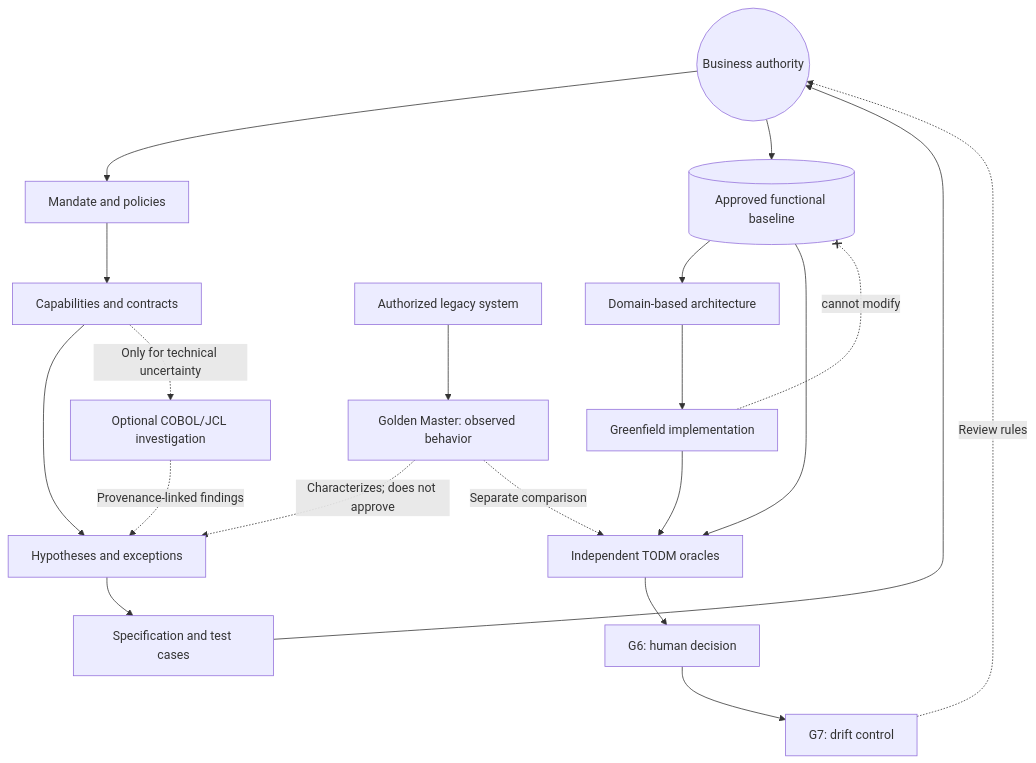
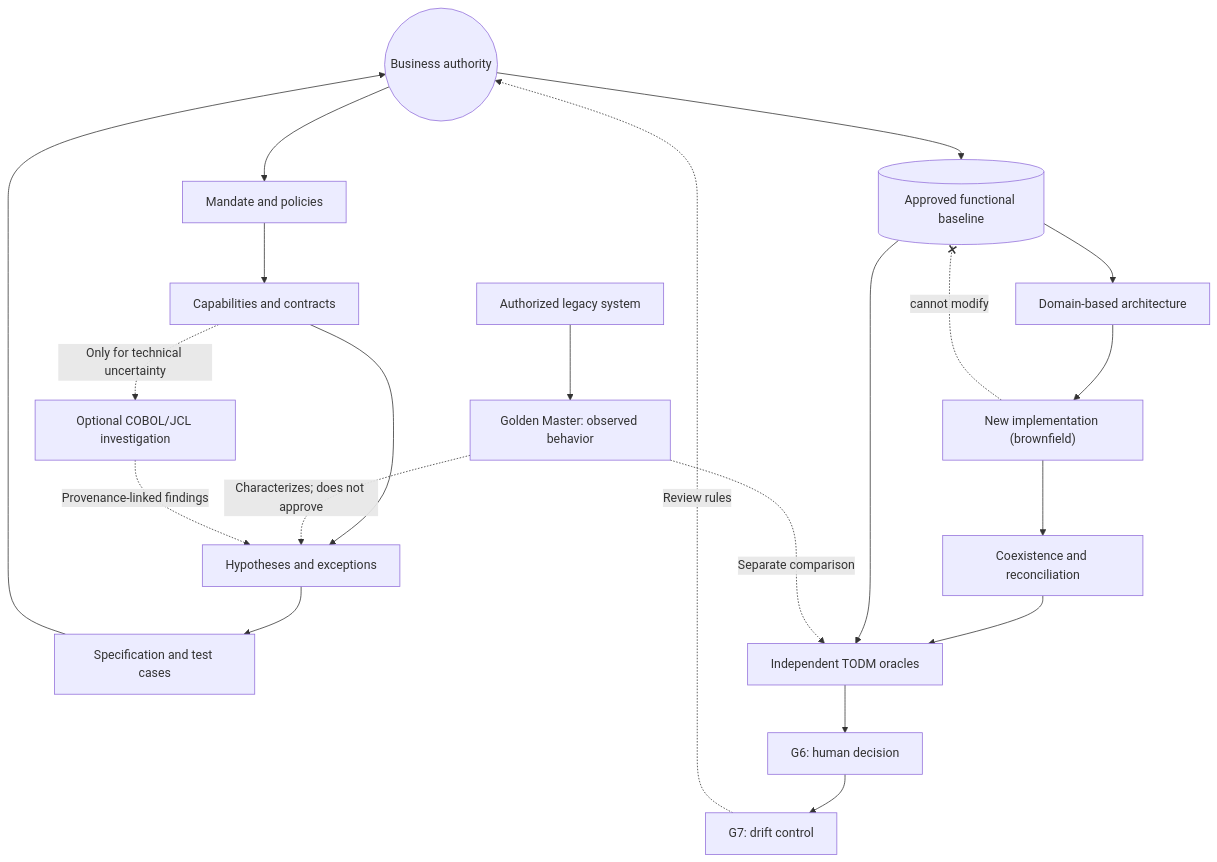
The diagram in book/figures/src/en/agent_chain.mmd (jmfloreszazo/de-la-caja-negra-a-la-evidencia), drawn with Mermaid before and after one commit.

Commit message:
book(#54): depict brownfield replacement, coexistence and independent TODM gates

```diff
--- a/book/figures/src/en/agent_chain.mmd
+++ b/book/figures/src/en/agent_chain.mmd
@@ -1,20 +1,21 @@
 flowchart TB
   owner(("Business authority")) --> scope["Mandate and policies"]
   scope --> inv["Capabilities and contracts"]
   legacy["Authorized legacy system"] --> obs["Golden Master: observed behavior"]
   inv --> rules["Hypotheses and exceptions"]
   obs -. "Characterizes; does not approve" .-> rules
   inv -. "Only for technical uncertainty" .-> parse["Optional COBOL/JCL investigation"]
   parse -. "Provenance-linked findings" .-> rules
   rules --> spec["Specification and test cases"]
   spec --> owner
   owner --> base[("Approved functional baseline")]
   base --> arch["Domain-based architecture"]
-  arch --> build["Greenfield implementation"]
-  build --> ver["Independent TODM oracles"]
+  arch --> build["New implementation (brownfield)"]
+  build --> transition["Coexistence and reconciliation"]
+  transition --> ver["Independent TODM oracles"]
   base --> ver
   obs -. "Separate comparison" .-> ver
   ver --> release["G6: human decision"]
   release --> drift["G7: drift control"]
   drift -. "Review rules" .-> owner
   build -. "cannot modify" .-x base
```
